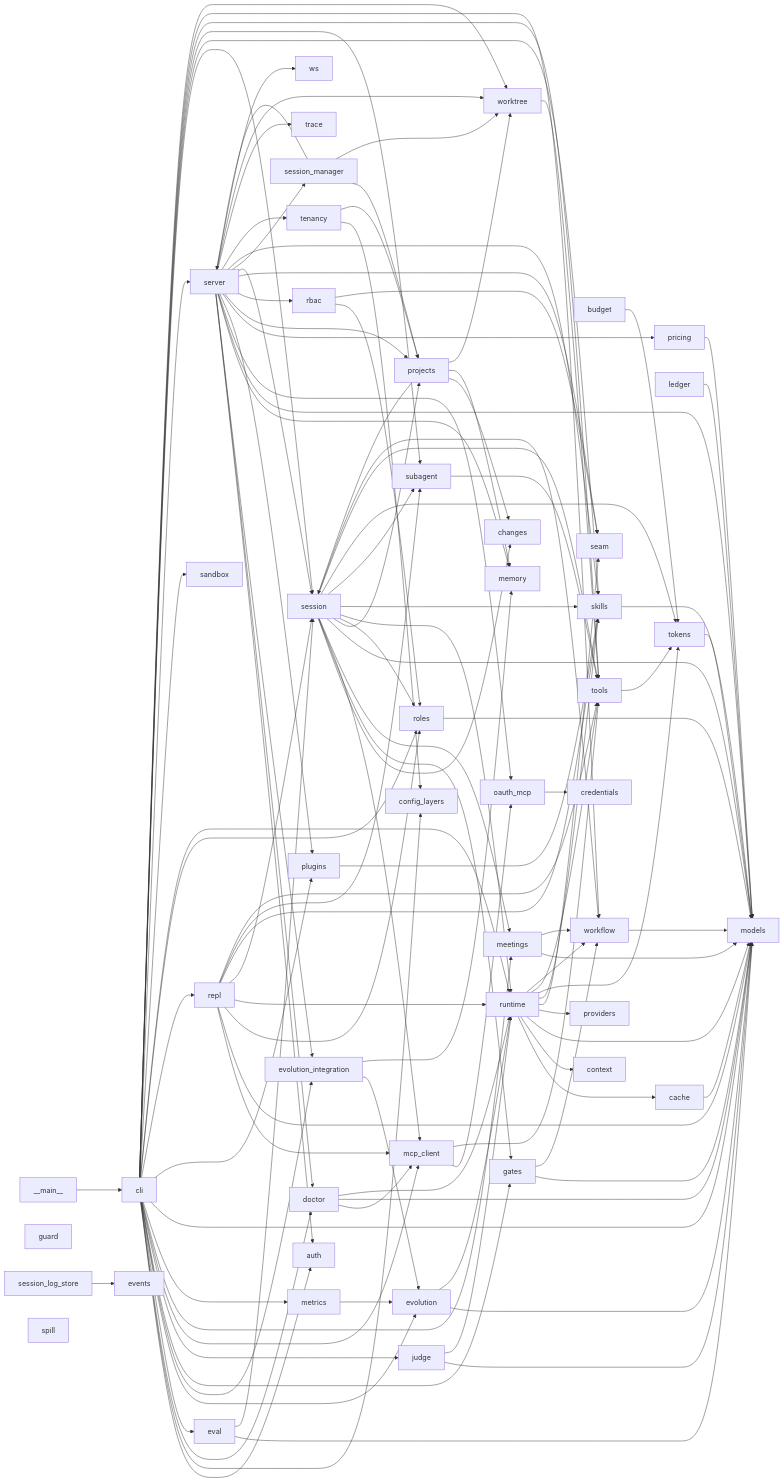
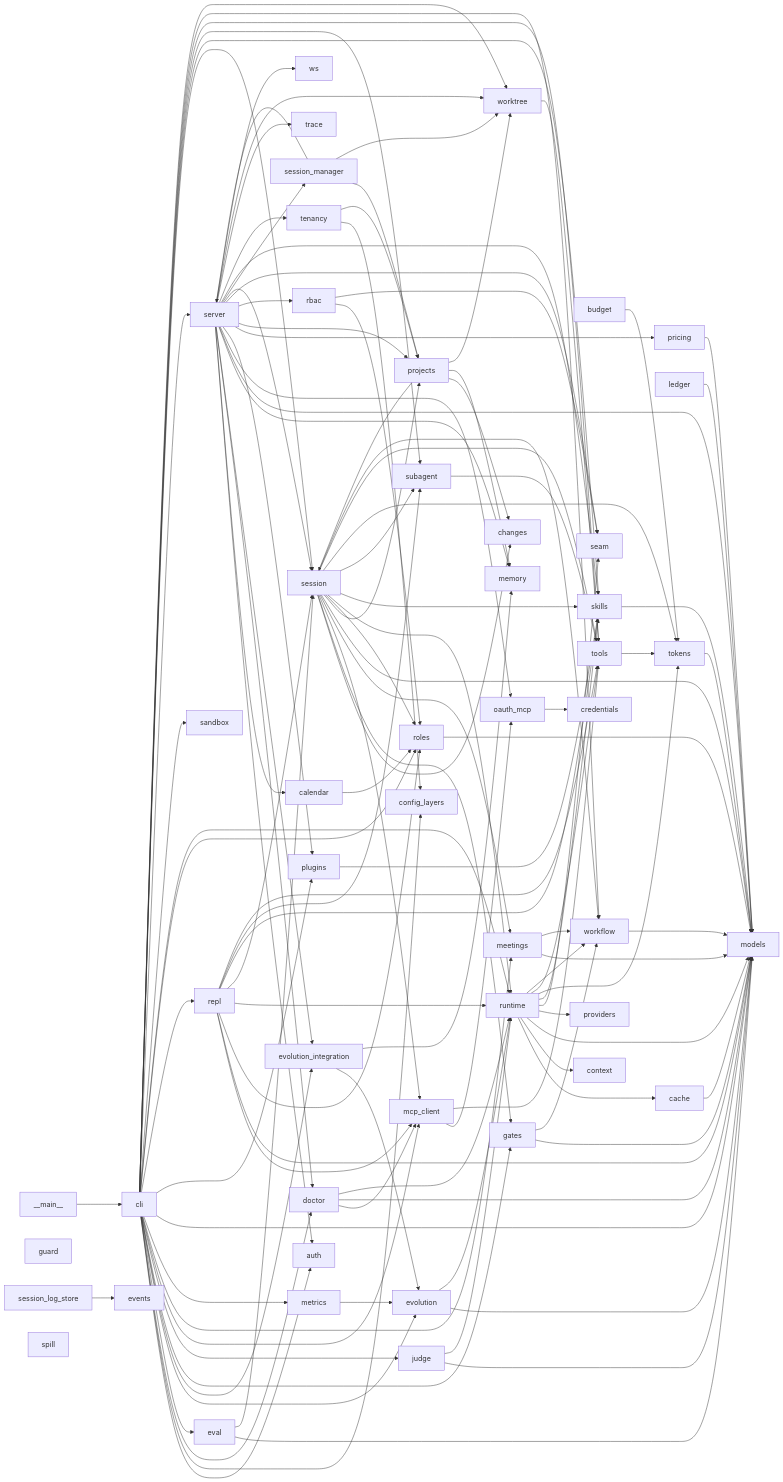
Before and after one commit to Natsummerance/agent-cluster-runtime: the diagram in docs/module-graph.md, drawn with Mermaid. The commit also changed 9 other files, not shown here.

```diff
--- a/docs/module-graph.md
+++ b/docs/module-graph.md
@@ -8,6 +8,7 @@
     auth[auth]
     budget[budget]
     cache[cache]
+    calendar[calendar]
     changes[changes]
     cli[cli]
     config_layers[config_layers]
@@ -55,6 +56,7 @@
     __main__ --> cli
     budget --> tokens
     cache --> models
+    calendar --> roles
     cli --> auth
     cli --> config_layers
     cli --> doctor
@@ -126,6 +128,7 @@
     runtime --> tools
     runtime --> workflow
     server --> auth
+    server --> calendar
     server --> doctor
     server --> evolution_integration
     server --> memory
```
